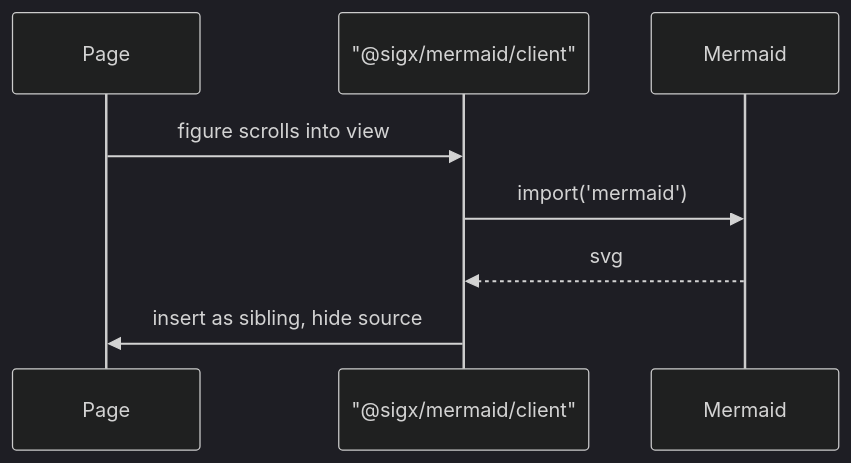
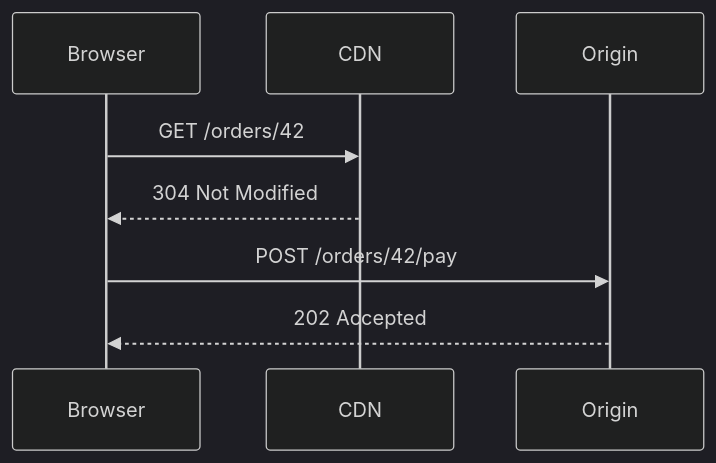
Before and after one commit to signalxjs/mermaid: the second of 4 diagrams in examples/basic/src/pages/index.mdx, drawn with Mermaid (dark theme). The commit also changed other lines of this file and 1 other file, not shown here.

First line of the commit message:
docs(example): demo diagrams, not ssg's highlighter

````diff
--- a/examples/basic/src/pages/index.mdx
+++ b/examples/basic/src/pages/index.mdx
@@ -25,10 +25,10 @@
 ```mermaid
 sequenceDiagram
-  participant Page
-  participant Client as "@sigx/mermaid/client"
-  participant Mermaid
-  Page->>Client: figure scrolls into view
-  Client->>Mermaid: import('mermaid')
-  Mermaid-->>Client: svg
-  Client->>Page: insert as sibling, hide source
+  participant Browser
+  participant CDN
+  participant Origin
+  Browser->>CDN: GET /orders/42
+  CDN-->>Browser: 304 Not Modified
+  Browser->>Origin: POST /orders/42/pay
+  Origin-->>Browser: 202 Accepted
 ```
````
